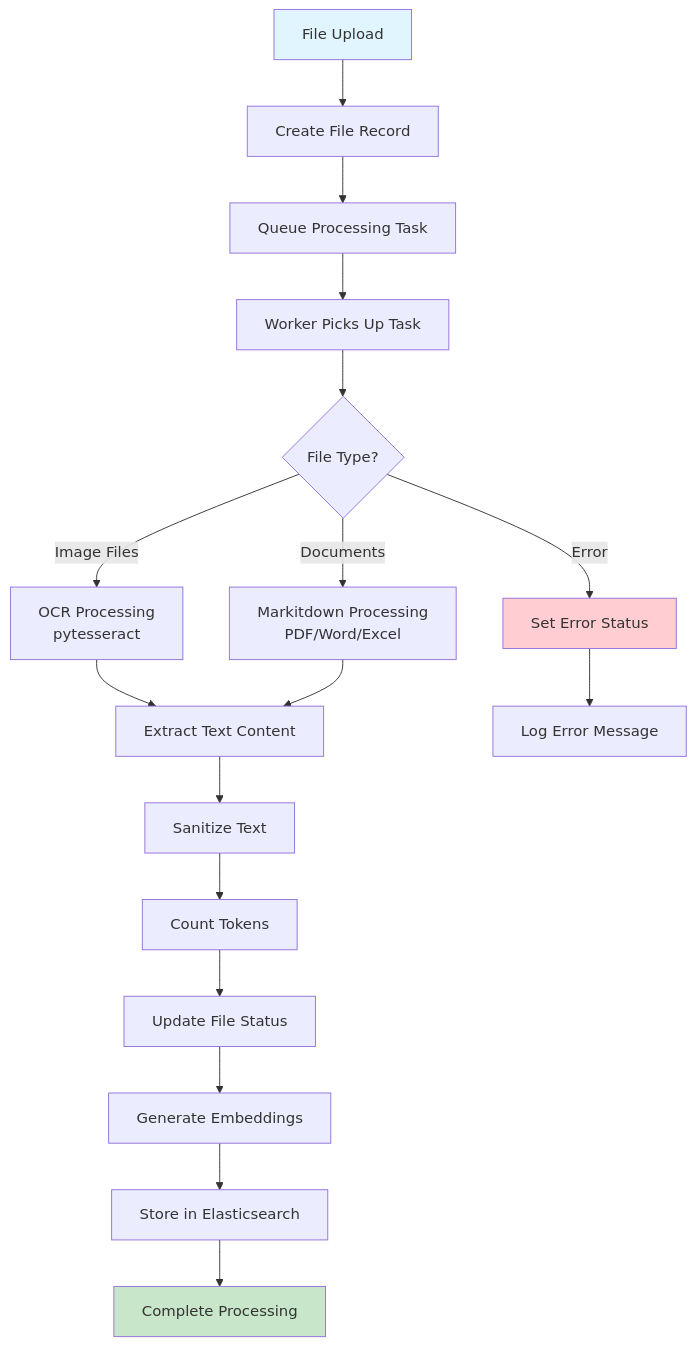
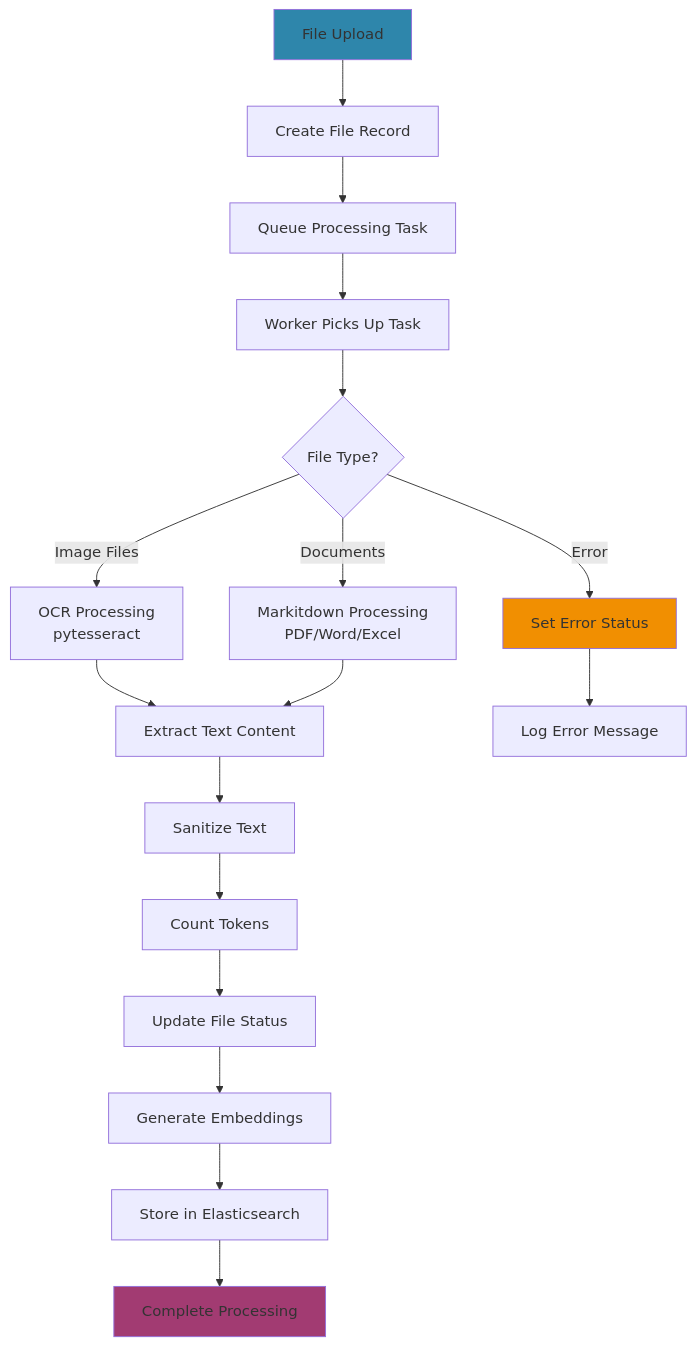
The eighth of 12 diagrams in knowledge-bank/django-app-service-audit.md (Blessan-Alex/redbox-v2), drawn with Mermaid before and after one commit. The commit also changed other lines of this file, not shown here.

Commit message:
fixing django app audit file diagram errors

````diff
--- a/knowledge-bank/django-app-service-audit.md
+++ b/knowledge-bank/django-app-service-audit.md
@@ -631,26 +666,26 @@
 ```mermaid
 flowchart TD
-    A[File Upload] --> B[Create File Record]
-    B --> C[Queue Processing Task]
-    C --> D[Worker Picks Up Task]
-    D --> E{File Type?}
+    A["File Upload"] --> B["Create File Record"]
+    B --> C["Queue Processing Task"]
+    C --> D["Worker Picks Up Task"]
+    D --> E{"File Type?"}
     
-    E -->|Image Files| F[OCR Processing<br/>pytesseract]
-    E -->|Documents| G[Markitdown Processing<br/>PDF/Word/Excel]
+    E -->|"Image Files"| F["OCR Processing<br/>pytesseract"]
+    E -->|"Documents"| G["Markitdown Processing<br/>PDF/Word/Excel"]
     
-    F --> H[Extract Text Content]
+    F --> H["Extract Text Content"]
     G --> H
-    H --> I[Sanitize Text]
-    I --> J[Count Tokens]
-    J --> K[Update File Status]
-    K --> L[Generate Embeddings]
-    L --> M[Store in Elasticsearch]
-    M --> N[Complete Processing]
+    H --> I["Sanitize Text"]
+    I --> J["Count Tokens"]
+    J --> K["Update File Status"]
+    K --> L["Generate Embeddings"]
+    L --> M["Store in Elasticsearch"]
+    M --> N["Complete Processing"]
     
-    E -->|Error| O[Set Error Status]
-    O --> P[Log Error Message]
+    E -->|"Error"| O["Set Error Status"]
+    O --> P["Log Error Message"]
     
-    style A fill:#e1f5fe
-    style N fill:#c8e6c9
-    style O fill:#ffcdd2
+    style A fill:#2E86AB
+    style N fill:#A23B72
+    style O fill:#F18F01
 ```
````
